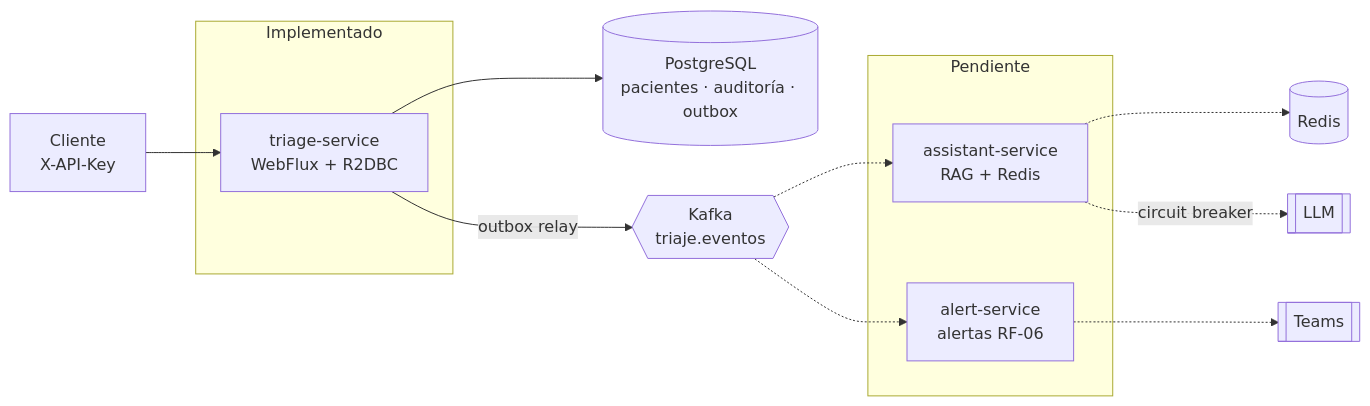
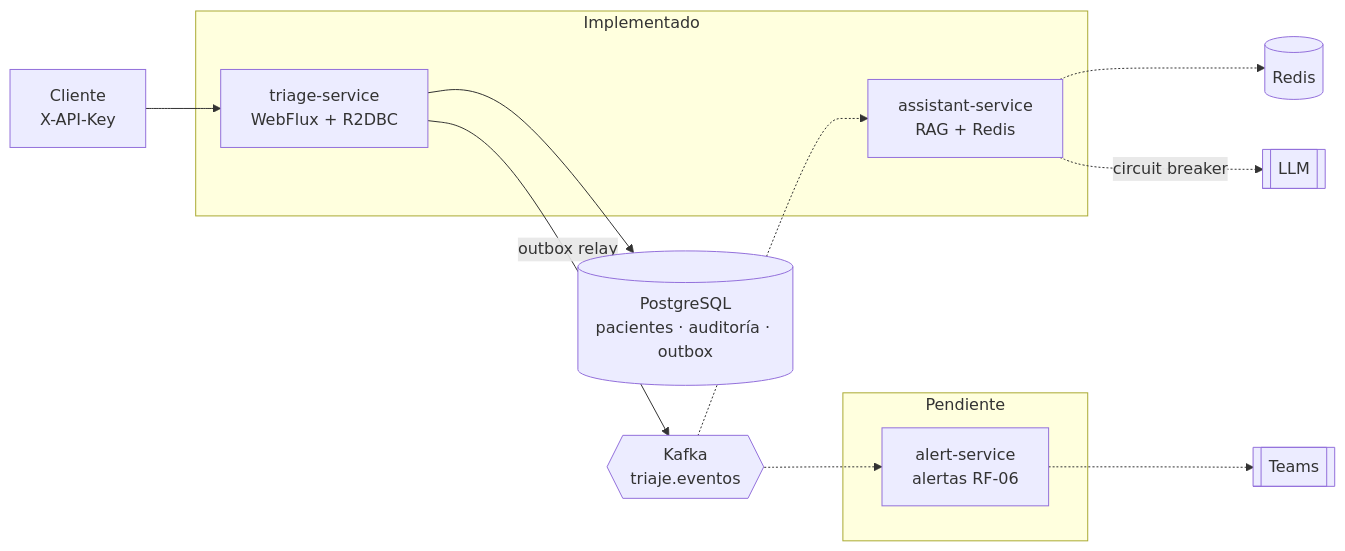
The diagram in README.md (JulianDavidGamboa/vidacruz-triage-platform), drawn with Mermaid before and after one commit. The commit also changed other lines of this file and 47 other files, not shown here.

First line of the commit message:
feat(assistant): implement RF-04 RAG assistant and urgency view

````diff
--- a/README.md
+++ b/README.md
@@ -108,18 +108,18 @@
 ```mermaid
 flowchart LR
     C["Cliente<br/>X-API-Key"] --> TRI
     subgraph Implementado
         TRI["triage-service<br/>WebFlux + R2DBC"]
+        AST["assistant-service<br/>RAG + Redis"]
     end
     subgraph Pendiente
-        AST["assistant-service<br/>RAG + Redis"]
         ALR["alert-service<br/>alertas RF-06"]
     end
     TRI --> PG[("PostgreSQL<br/>pacientes · auditoría · outbox")]
     TRI -->|"outbox relay"| KF{{"Kafka<br/>triaje.eventos"}}
     KF -.-> AST
     KF -.-> ALR
     AST -.-> RD[("Redis")]
     AST -.->|"circuit breaker"| LLM[["LLM"]]
     ALR -.-> CH[["Teams"]]
 ```
````
